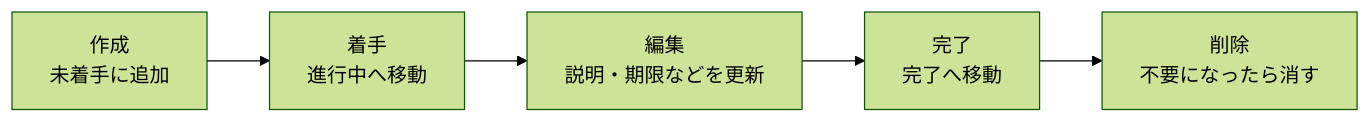
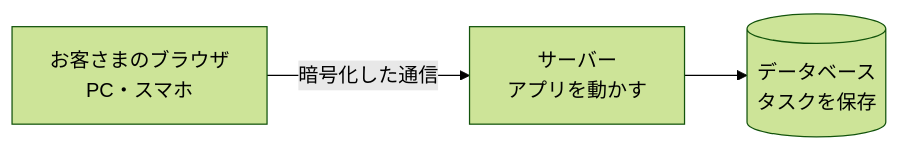
One commit to kaitofujitani/tasukumanezimennto changed the diagram in docs/requirements.md. Above: the diagram before and after it, drawn with Mermaid (forest theme). The commit also changed other lines of this file and 9 other files, not shown here.

````diff
--- a/docs/requirements.md
+++ b/docs/requirements.md
@@ -38,4 +216,5 @@
 ```mermaid
 flowchart LR
-  A[作成<br>未着手に追加] --> B[着手<br>進行中へ移動] --> C[編集<br>説明・期限などを更新] --> D[完了<br>完了へ移動] --> E[削除<br>不要になったら消す]
+  B[お客さまのブラウザ<br>PC・スマホ] -- 暗号化した通信 --> S[サーバー<br>アプリを動かす]
+  S --> D[(データベース<br>タスクを保存)]
 ```
````
